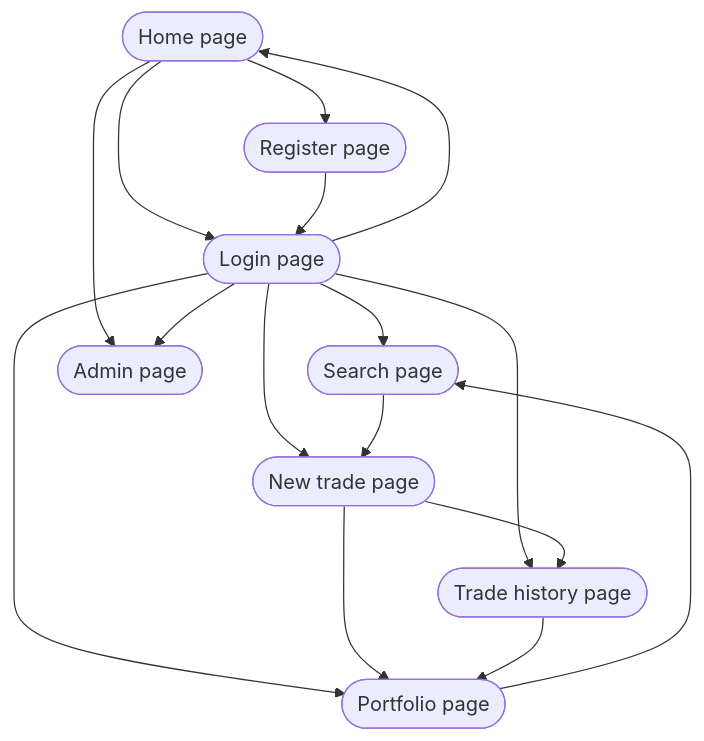
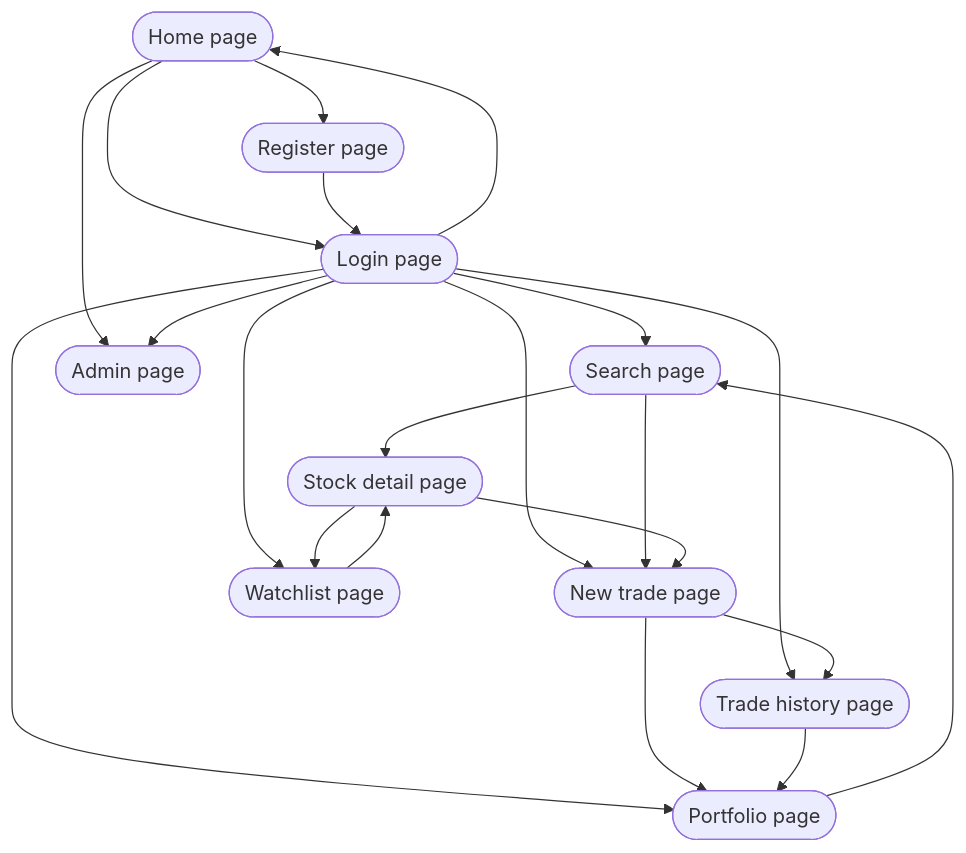
The first of 5 diagrams in README.md (noahstephenson/Paper-Trading-App), drawn with Mermaid before and after one commit. The commit also changed other lines of this file and 13 other files, not shown here.

````diff
--- a/README.md
+++ b/README.md
@@ -44,28 +47,35 @@
 ```mermaid
 flowchart TD
     Home([Home page])
     Register([Register page])
     Login([Login page])
     Search([Search page])
+    StockDetail([Stock detail page])
     Trade([New trade page])
     History([Trade history page])
     Portfolio([Portfolio page])
+    Watchlist([Watchlist page])
     Admin([Admin page])
 
     Home --> Register
     Home --> Login
     Home --> Admin
 
     Register --> Login
     Login --> Home
     Login --> Search
     Login --> Trade
     Login --> History
     Login --> Portfolio
+    Login --> Watchlist
     Login --> Admin
+    Search --> StockDetail
     Search --> Trade
+    StockDetail --> Trade
+    StockDetail --> Watchlist
     Trade --> History
     Trade --> Portfolio
     History --> Portfolio
     Portfolio --> Search
+    Watchlist --> StockDetail
 ```
````
